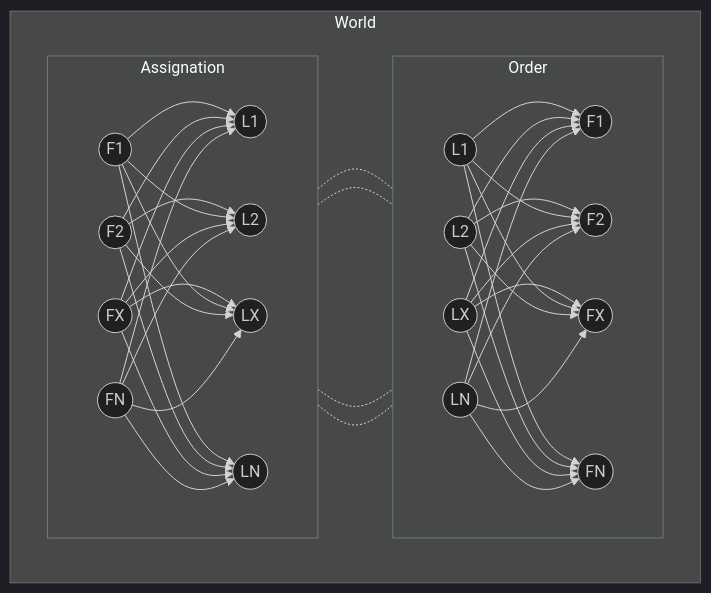
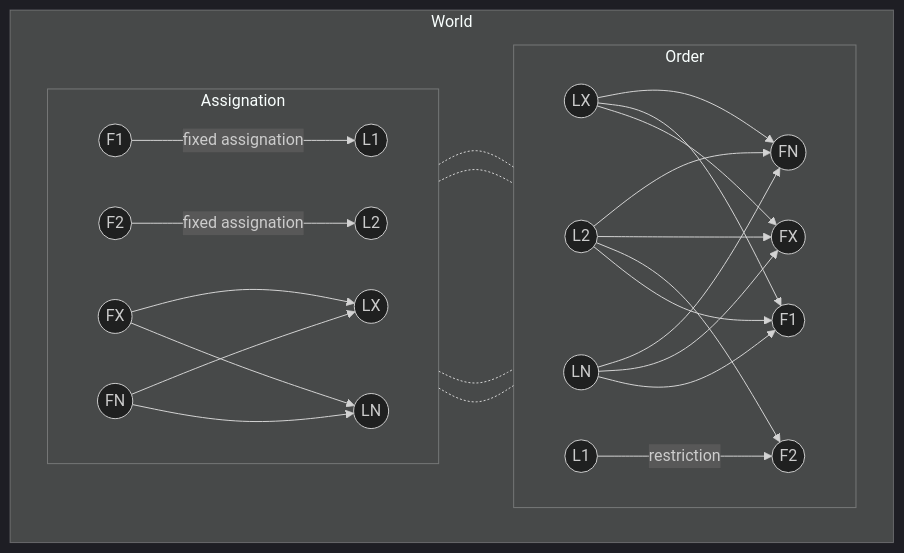
One commit to SergioOyaga/AntColonyAlgorithmExamples changed the diagram in src/main/java/org/soyaga/examples/QAP/Complex/README.md. Above: the diagram before and after it, drawn with Mermaid (dark theme). The commit also changed other lines of this file and 2 other files, not shown here.

`````diff
--- a/src/main/java/org/soyaga/examples/QAP/Complex/README.md
+++ b/src/main/java/org/soyaga/examples/QAP/Complex/README.md
@@ -180,49 +275,34 @@
 ````mermaid
 flowchart LR
 subgraph  ide0 [World]
   direction LR
     subgraph  ide1 [Assignation]
     direction LR
-        F1((F1)) --> L1((L1))
-        F2((F2)) --> L2((L2))
+        F1((F1)) --fixed assignation--> L1((L1))
+        F2((F2)) --fixed assignation--> L2((L2))
         FX((FX)) --> LX((LX))
-        F1((F1)) --> L2((L2))
-        F1((F1)) --> LX((LX))
-        F1((F1)) --> LN((LN))
-        F2((F2)) --> L1((L1))
-        F2((F2)) --> LX((LX))
-        F2((F2)) --> LN((LN))
-        FX((FX)) --> L1((L1))
-        FX((FX)) --> L2((L2))
         FX((FX)) --> LN((LN))
-        FN((FN)) --> L1((L1))
-        FN((FN)) --> L2((L2))
         FN((FN)) --> LX((LX))
         FN((FN)) --> LN((LN))
     end
 
     subgraph  id21 [Order]
     direction LR
-    L1_((L1)) --> F1_((F1))
-    L2_((L2)) --> F2_((F2))
     LX_((LX)) --> FX_((FX))
     L2_((L2)) --> F1_((F1))
     LX_((LX)) --> F1_((F1))
     LN_((LN)) --> F1_((F1))
-    L1_((L1)) --> F2_((F2))
-    LX_((LX)) --> F2_((F2))
-    LN_((LN)) --> F2_((F2))
-    L1_((L1)) --> FX_((FX))
+    L1_((L1)) --restriction--> F2_((F2))
+    L2_((L2)) --> F2_((F2))
     L2_((L2)) --> FX_((FX))
     LN_((LN)) --> FX_((FX))
-    L1_((L1)) --> FN_((FN))
     L2_((L2)) --> FN_((FN))
     LX_((LX)) --> FN_((FN))
     LN_((LN)) --> FN_((FN))
     end 
     L1 -.- L1_
     L2 -.- L2_
     LX -.- LX_
     LN -.- LN_
   end
 ````
`````
